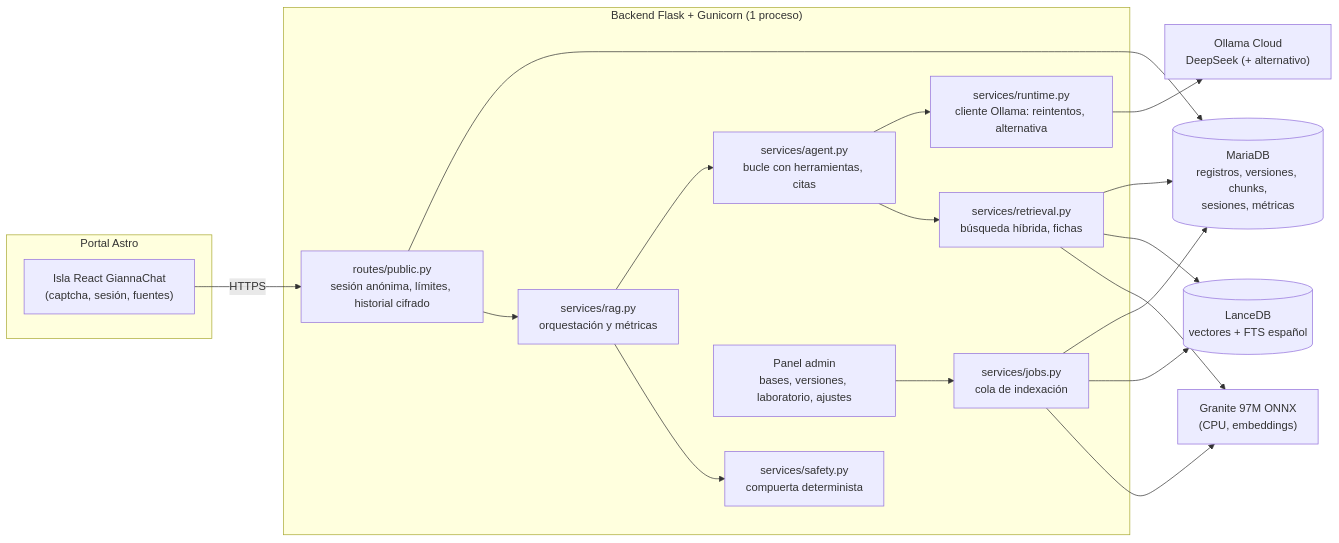
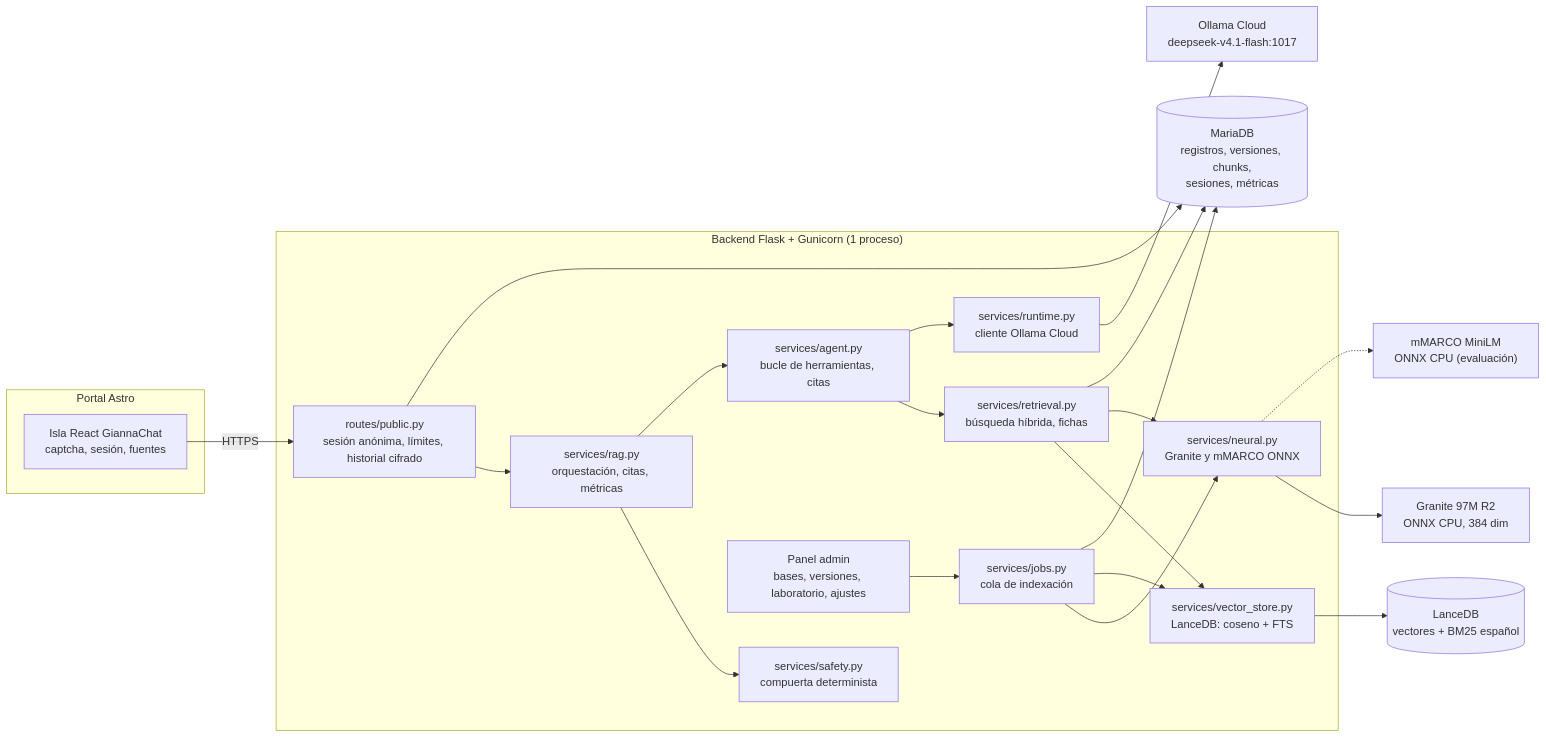
Before and after one commit to NebyX1/invest-lavalleja: the first of 4 diagrams in backend/docs/RAG_ENGINE.md, drawn with Mermaid. The commit also changed other lines of this file and 13 other files, not shown here.

First line of the commit message:
docs: actualizar modelos, arquitectura y diagramas al estado real

````diff
--- a/backend/docs/RAG_ENGINE.md
+++ b/backend/docs/RAG_ENGINE.md
@@ -44,30 +84,39 @@
 ```mermaid
 flowchart LR
     subgraph Portal["Portal Astro"]
-        UI["Isla React GiannaChat<br/>(captcha, sesión, fuentes)"]
+        UI["Isla React GiannaChat<br/>captcha, sesión, fuentes"]
     end
+
     subgraph API["Backend Flask + Gunicorn (1 proceso)"]
         PUB["routes/public.py<br/>sesión anónima, límites, historial cifrado"]
-        RAG["services/rag.py<br/>orquestación y métricas"]
-        AG["services/agent.py<br/>bucle con herramientas, citas"]
+        RAG["services/rag.py<br/>orquestación, citas, métricas"]
         SAFE["services/safety.py<br/>compuerta determinista"]
+        AG["services/agent.py<br/>bucle de herramientas, citas"]
         RET["services/retrieval.py<br/>búsqueda híbrida, fichas"]
-        RT["services/runtime.py<br/>cliente Ollama: reintentos, alternativa"]
+        VEC["services/vector_store.py<br/>LanceDB: coseno + FTS"]
+        NEU["services/neural.py<br/>Granite y mMARCO ONNX"]
+        OLL["services/runtime.py<br/>cliente Ollama Cloud"]
         ADM["Panel admin<br/>bases, versiones, laboratorio, ajustes"]
         JOBS["services/jobs.py<br/>cola de indexación"]
     end
+
     MDB[("MariaDB<br/>registros, versiones, chunks,<br/>sesiones, métricas")]
-    LDB[("LanceDB<br/>vectores + FTS español")]
-    EMB["Granite 97M ONNX<br/>(CPU, embeddings)"]
-    OLL["Ollama Cloud<br/>DeepSeek (+ alternativo)"]
-    UI -->|HTTPS| PUB --> RAG --> SAFE
+    LDB[("LanceDB<br/>vectores + BM25 español")]
+    GRA["Granite 97M R2<br/>ONNX CPU, 384 dim"]
+    MMA["mMARCO MiniLM<br/>ONNX CPU (evaluación)"]
+    CLOUD["Ollama Cloud<br/>deepseek-v4.1-flash:1017"]
+
+    UI -->|HTTPS| PUB --> RAG
+    RAG --> SAFE
     RAG --> AG --> RET
-    AG --> RT --> OLL
-    RET --> EMB
-    RET --> LDB
+    AG --> OLL --> CLOUD
+    RET --> VEC --> LDB
+    RET --> NEU --> GRA
+    NEU -.-> MMA
     RET --> MDB
     PUB --> MDB
-    ADM --> JOBS --> EMB
-    JOBS --> LDB
+    ADM --> JOBS
+    JOBS --> NEU
+    JOBS --> VEC
     JOBS --> MDB
 ```
````
